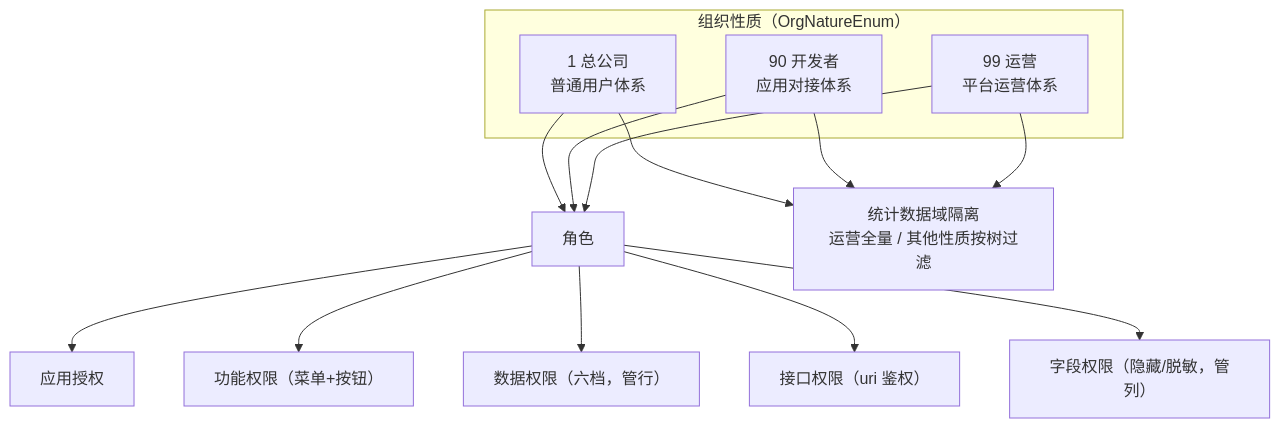
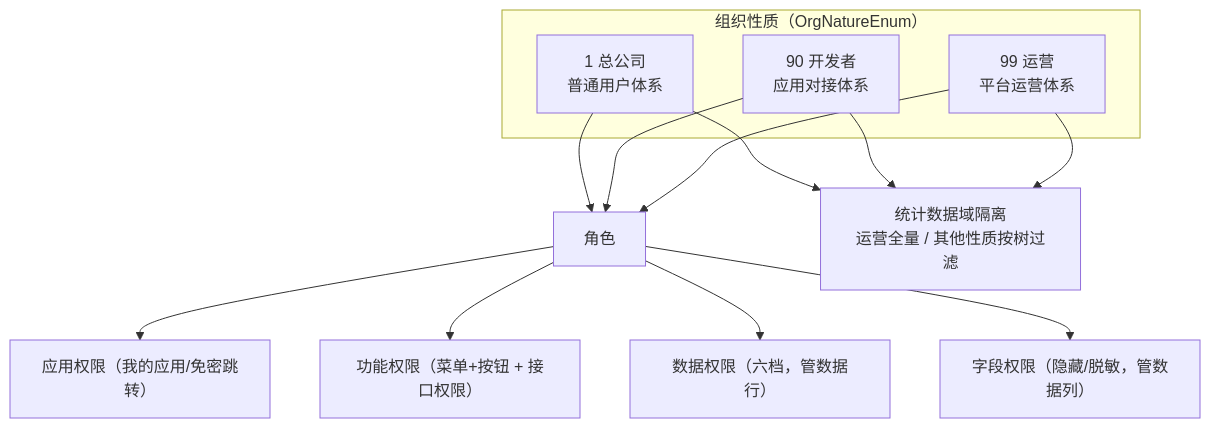
One commit to henhen6/mdp-docs changed the diagram in src/doc/advanced/README.md. Above: the diagram before and after it, drawn with Mermaid. The commit also changed other lines of this file and 8 other files, not shown here.

````diff
--- a/src/doc/advanced/README.md
+++ b/src/doc/advanced/README.md
@@ -22,16 +22,15 @@
 ```mermaid
 flowchart TB
     subgraph 组织性质["组织性质（OrgNatureEnum）"]
         N1["1 总公司<br/>普通用户体系"]
         N90["90 开发者<br/>应用对接体系"]
         N99["99 运营<br/>平台运营体系"]
     end
 
     N1 & N90 & N99 --> R["角色"]
-    R --> P1["应用授权"]
-    R --> P2["功能权限（菜单+按钮）"]
-    R --> P3["数据权限（六档，管行）"]
-    R --> P4["接口权限（uri 鉴权）"]
-    R --> P5["字段权限（隐藏/脱敏，管列）"]
+    R --> P1["应用权限（我的应用/免密跳转）"]
+    R --> P2["功能权限（菜单+按钮 + 接口权限）"]
+    R --> P3["数据权限（六档，管数据行）"]
+    R --> P5["字段权限（隐藏/脱敏，管数据列）"]
     N1 & N90 & N99 --> S["统计数据域隔离<br/>运营全量 / 其他性质按树过滤"]
 ```
````
